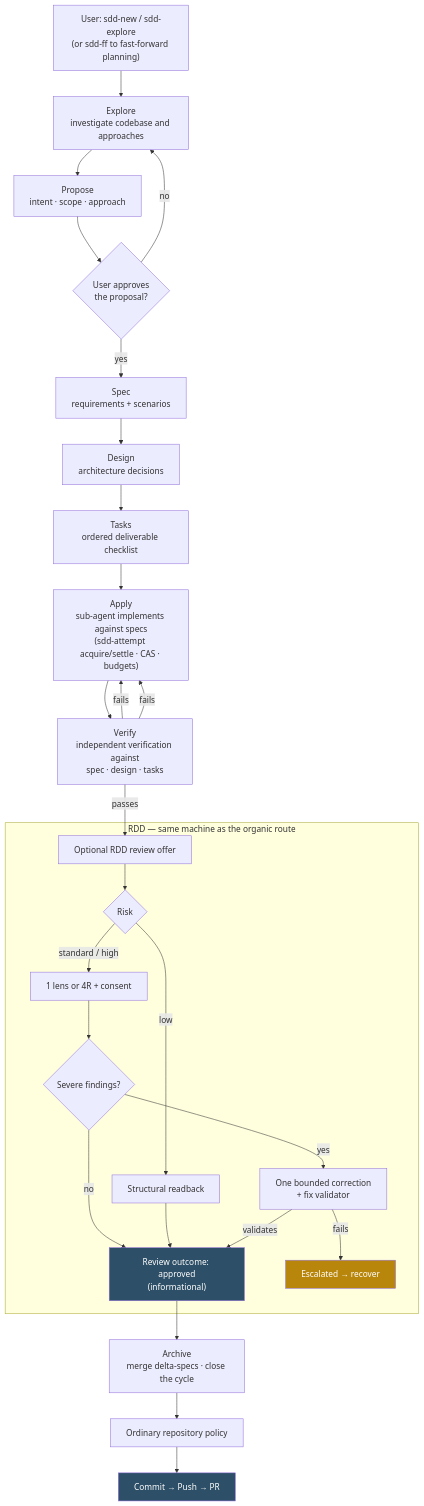
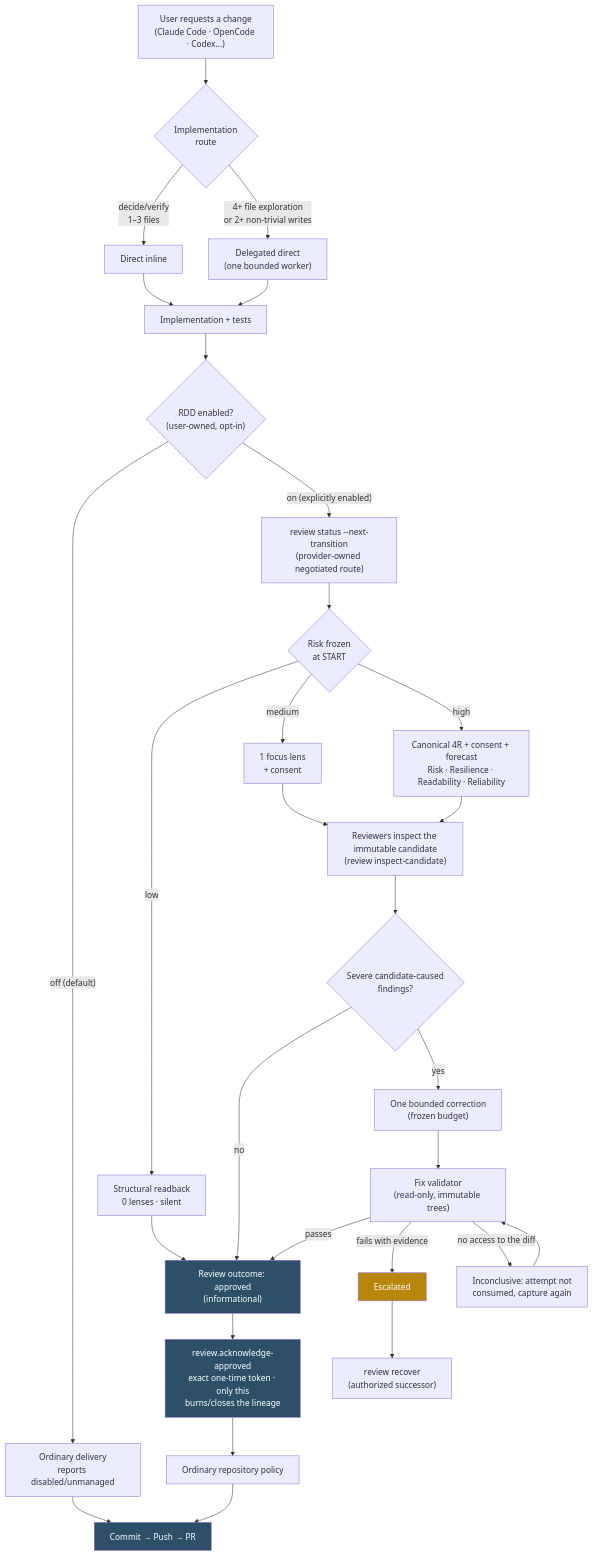
Before and after one commit to 0xErwin1/gentle-ai: the second of 2 diagrams in README.md, drawn with Mermaid. The commit also changed other lines of this file and 22 other files, not shown here.

````diff
--- a/README.md
+++ b/README.md
@@ -284,35 +365,36 @@
 ```mermaid
 flowchart TD
-    A["User: sdd-new / sdd-explore<br/>(or sdd-ff to fast-forward planning)"] --> B["Explore<br/>investigate codebase and approaches"]
-    B --> C["Propose<br/>intent · scope · approach"]
-    C --> D{"User approves<br/>the proposal?"}
-    D -->|"no"| B
-    D -->|"yes"| E["Spec<br/>requirements + scenarios"]
-    E --> F["Design<br/>architecture decisions"]
-    F --> G["Tasks<br/>ordered deliverable checklist"]
-    G --> H["Apply<br/>sub-agent implements against specs<br/>(sdd-attempt acquire/settle · CAS · budgets)"]
-    H --> Q["Verify<br/>independent verification against<br/>spec · design · tasks"]
-        Q -->|"passes"| I["Optional RDD review offer"]
-        Q -->|"fails"| H
+    A["User requests a change<br/>(Claude Code · OpenCode · Codex...)"] --> B{"Implementation<br/>route"}
+    B -->|"decide/verify<br/>1–3 files"| C["Direct inline"]
+    B -->|"4+ file exploration<br/>or 2+ non-trivial writes"| D["Delegated direct<br/>(one bounded worker)"]
+    C --> E["Implementation + tests"]
+    D --> E
+    E --> F{"RDD enabled?<br/>(user-owned, opt-in)"}
+    F -->|"off (default)"| Z["Ordinary delivery<br/>reports disabled/unmanaged"]
+    F -->|"on (explicitly enabled)"| G["review status --next-transition<br/>(provider-owned negotiated route)"]
+    G --> H{"Risk frozen<br/>at START"}
+    H -->|"low"| I["Structural readback<br/>0 lenses · silent"]
+    H -->|"medium"| J["1 focus lens<br/>+ consent"]
+    H -->|"high"| K["Canonical 4R + consent + forecast<br/>Risk · Resilience · Readability · Reliability"]
+    J --> L["Reviewers inspect the immutable candidate<br/>(review inspect-candidate)"]
+    K --> L
+    L --> M{"Severe candidate-caused<br/>findings?"}
+    I --> N["Review outcome: approved<br/>(informational)"]
+    M -->|"no"| N
+    M -->|"yes"| O["One bounded correction<br/>(frozen budget)"]
+    O --> P["Fix validator<br/>(read-only, immutable trees)"]
+    P -->|"passes"| N
+    P -->|"fails with evidence"| Q["Escalated"]
+    P -->|"no access to the diff"| R["Inconclusive: attempt not<br/>consumed, capture again"]
+    R --> P
+    Q --> S["review recover<br/>(authorized successor)"]
+    N --> AK["review.acknowledge-approved<br/>exact one-time token · only this<br/>burns/closes the lineage"]
+    AK --> T["Ordinary repository policy"]
+    T --> U["Commit → Push → PR"]
+    Z --> U
 
-    subgraph RDD["RDD — same machine as the organic route"]
-        I --> J{"Risk"}
-        J -->|"low"| K["Structural readback"]
-        J -->|"standard / high"| L["1 lens or 4R + consent"]
-        L --> M{"Severe findings?"}
-        M -->|"yes"| N["One bounded correction<br/>+ fix validator"]
-        M -->|"no"| O["Review outcome: approved<br/>(informational)"]
-        K --> O
-        N -->|"validates"| O
-        N -->|"fails"| P["Escalated → recover"]
-    end
-
-    O --> R["Archive<br/>merge delta-specs · close the cycle"]
-    Q -->|"fails"| H
-    R --> S["Ordinary repository policy"]
-    S --> T["Commit → Push → PR"]
-
-    style O fill:#2D4F67,color:#fff
-    style P fill:#B8860B,color:#fff
-    style T fill:#2D4F67,color:#fff
+    style N fill:#2D4F67,color:#fff
+    style AK fill:#2D4F67,color:#fff
+    style Q fill:#B8860B,color:#fff
+    style U fill:#2D4F67,color:#fff
 ```
````
